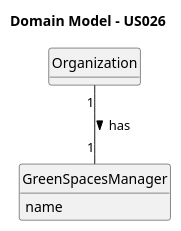
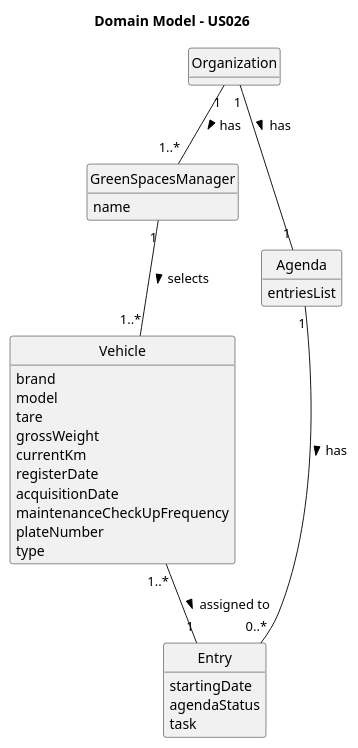
Before and after one commit to daniel41silva05/ISEP_2023_2024_LAPR2: the diagram in docs/sprintA&B&C/us026/02.analysis/puml/us026-domain-model.puml, drawn with PlantUML. The commit also changed 11 other files, not shown here.

Commit message:
US26 - Class Diagram and Domain Model #12

```diff
--- a/docs/sprintA&B&C/us026/02.analysis/puml/us026-domain-model.puml
+++ b/docs/sprintA&B&C/us026/02.analysis/puml/us026-domain-model.puml
@@ -1,23 +1,49 @@
 @startuml
 skinparam monochrome true
 skinparam packageStyle rectangle
 skinparam shadowing false
 
 skinparam classAttributeIconSize 0
 
 hide circle
 hide methods
 
 title Domain Model - US026
 
 class Organization {
 }
 
 class GreenSpacesManager {
     name
 }
 
-Organization "1" -- "1" GreenSpacesManager : has >
+class Agenda {
+    entriesList
+}
 
+class Entry {
+    startingDate
+    agendaStatus
+    task
+}
+
+class Vehicle {
+    brand
+    model
+    tare
+    grossWeight
+    currentKm
+    registerDate
+    acquisitionDate
+    maintenanceCheckUpFrequency
+    plateNumber
+    type
+}
+
+Organization "1" -- "1..*" GreenSpacesManager : has >
+Organization "1" -- "1" Agenda : has >
+GreenSpacesManager "1" -- "1..*" Vehicle : selects  >
+Agenda "1" -- "0..*" Entry : has >
+Vehicle "1..*" -- "1" Entry : assigned to >
 
 @enduml
```
